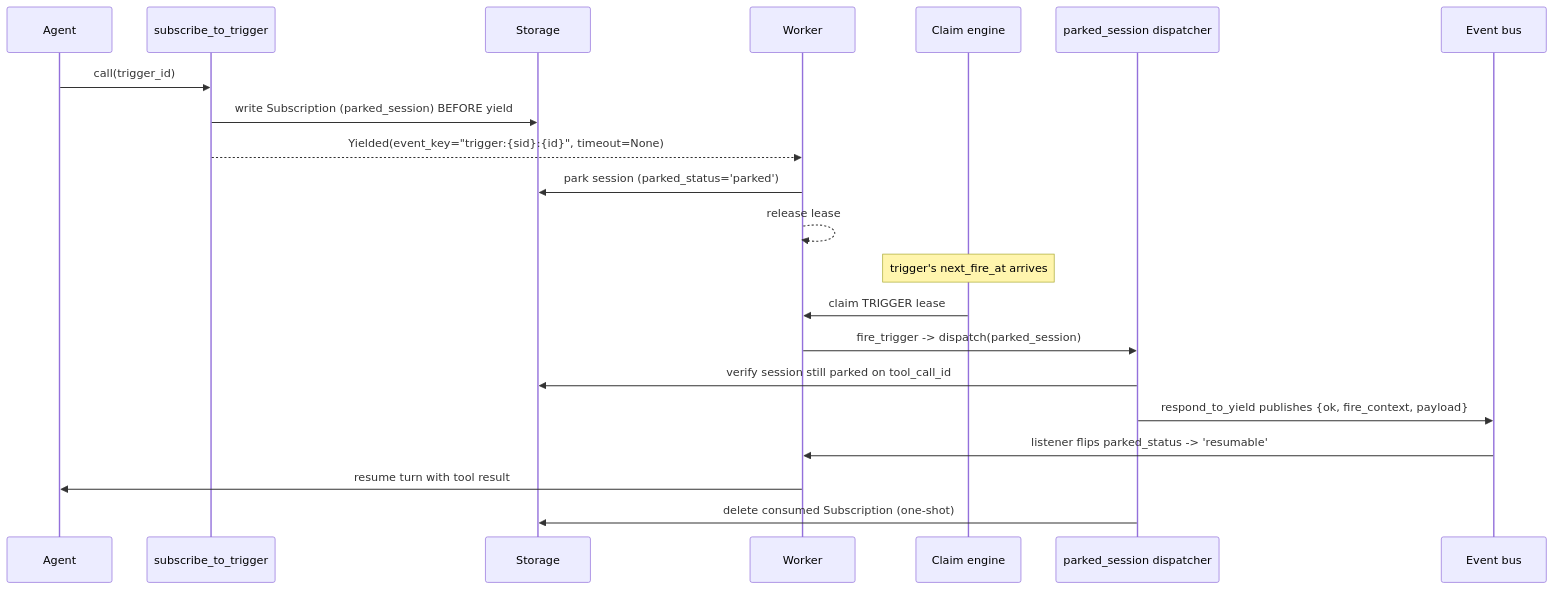
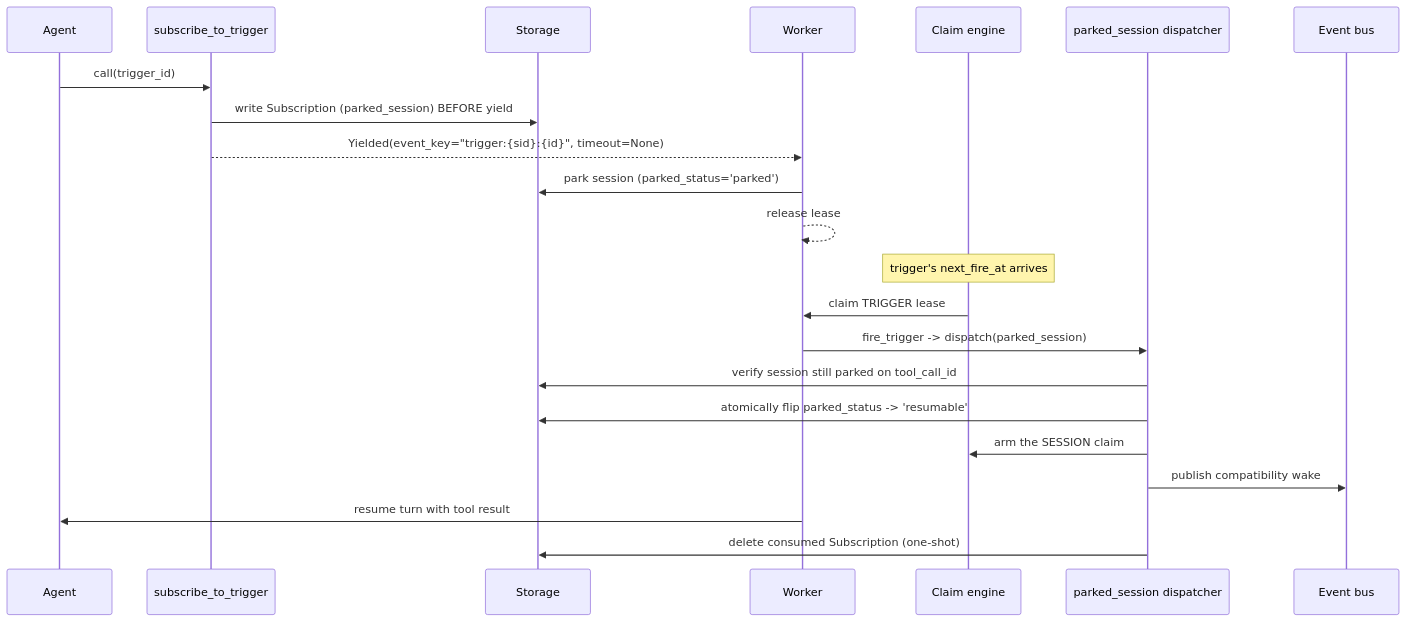
The second of 2 diagrams in docs/dev/subsystems/triggers.md (primerhq/primer), drawn with Mermaid before and after one commit. The commit also changed other lines of this file and 6 other files, not shown here.

Commit message:
fix(session): recover accepted wake deliveries

````diff
--- a/docs/dev/subsystems/triggers.md
+++ b/docs/dev/subsystems/triggers.md
@@ -132,24 +132,25 @@
 ```mermaid
 sequenceDiagram
     participant Agent
     participant Tool as subscribe_to_trigger
     participant Store as Storage
     participant Worker
     participant Engine as Claim engine
     participant Disp as parked_session dispatcher
     participant Bus as Event bus
 
     Agent->>Tool: call(trigger_id)
     Tool->>Store: write Subscription (parked_session) BEFORE yield
     Tool-->>Worker: Yielded(event_key="trigger:{sid}:{id}", timeout=None)
     Worker->>Store: park session (parked_status='parked')
     Worker-->>Worker: release lease
     Note over Engine: trigger's next_fire_at arrives
     Engine->>Worker: claim TRIGGER lease
     Worker->>Disp: fire_trigger -> dispatch(parked_session)
     Disp->>Store: verify session still parked on tool_call_id
-    Disp->>Bus: respond_to_yield publishes {ok, fire_context, payload}
-    Bus->>Worker: listener flips parked_status -> 'resumable'
+    Disp->>Store: atomically flip parked_status -> 'resumable'
+    Disp->>Engine: arm the SESSION claim
+    Disp->>Bus: publish compatibility wake
     Worker->>Agent: resume turn with tool result
     Disp->>Store: delete consumed Subscription (one-shot)
 ```
````
